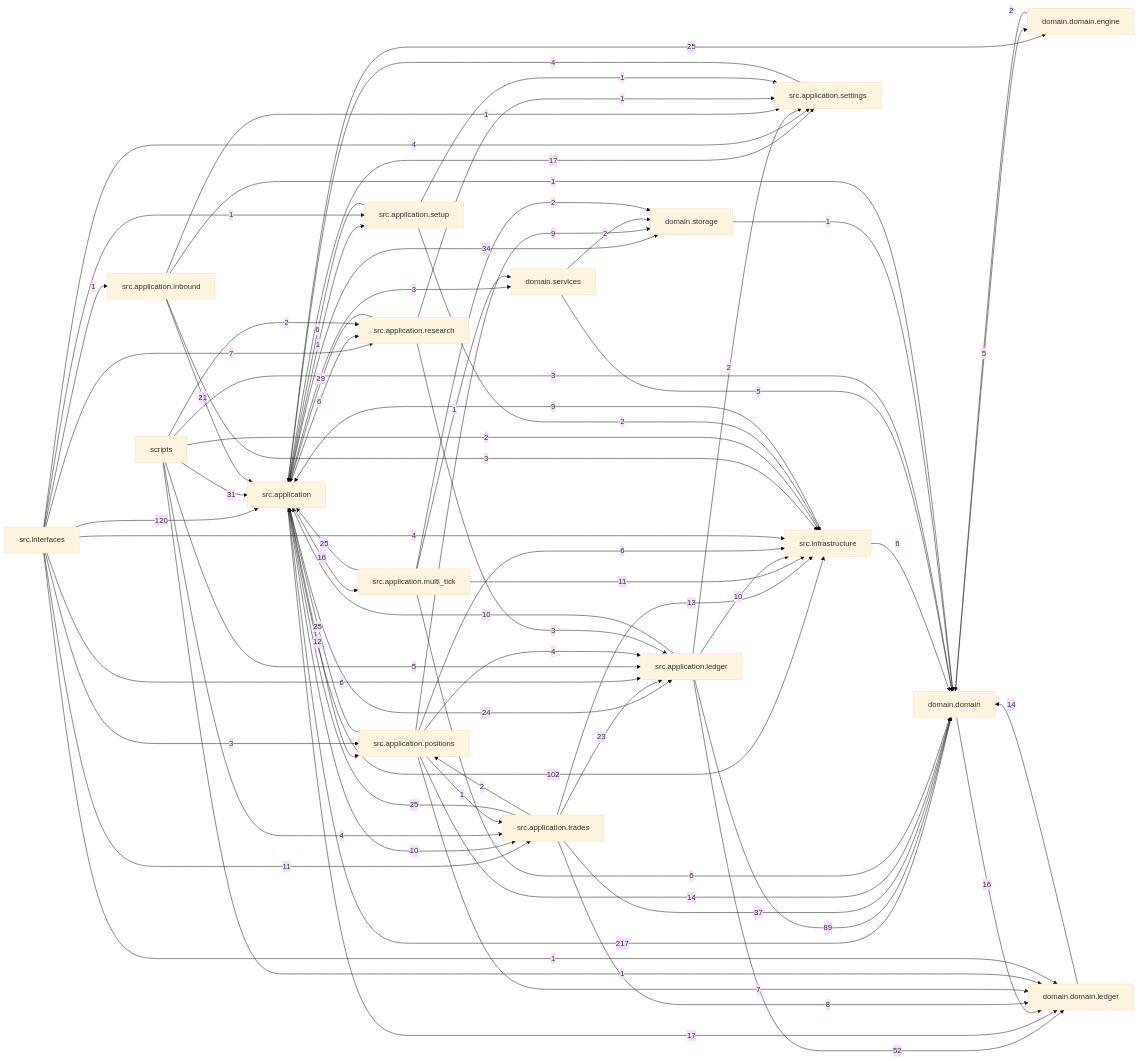
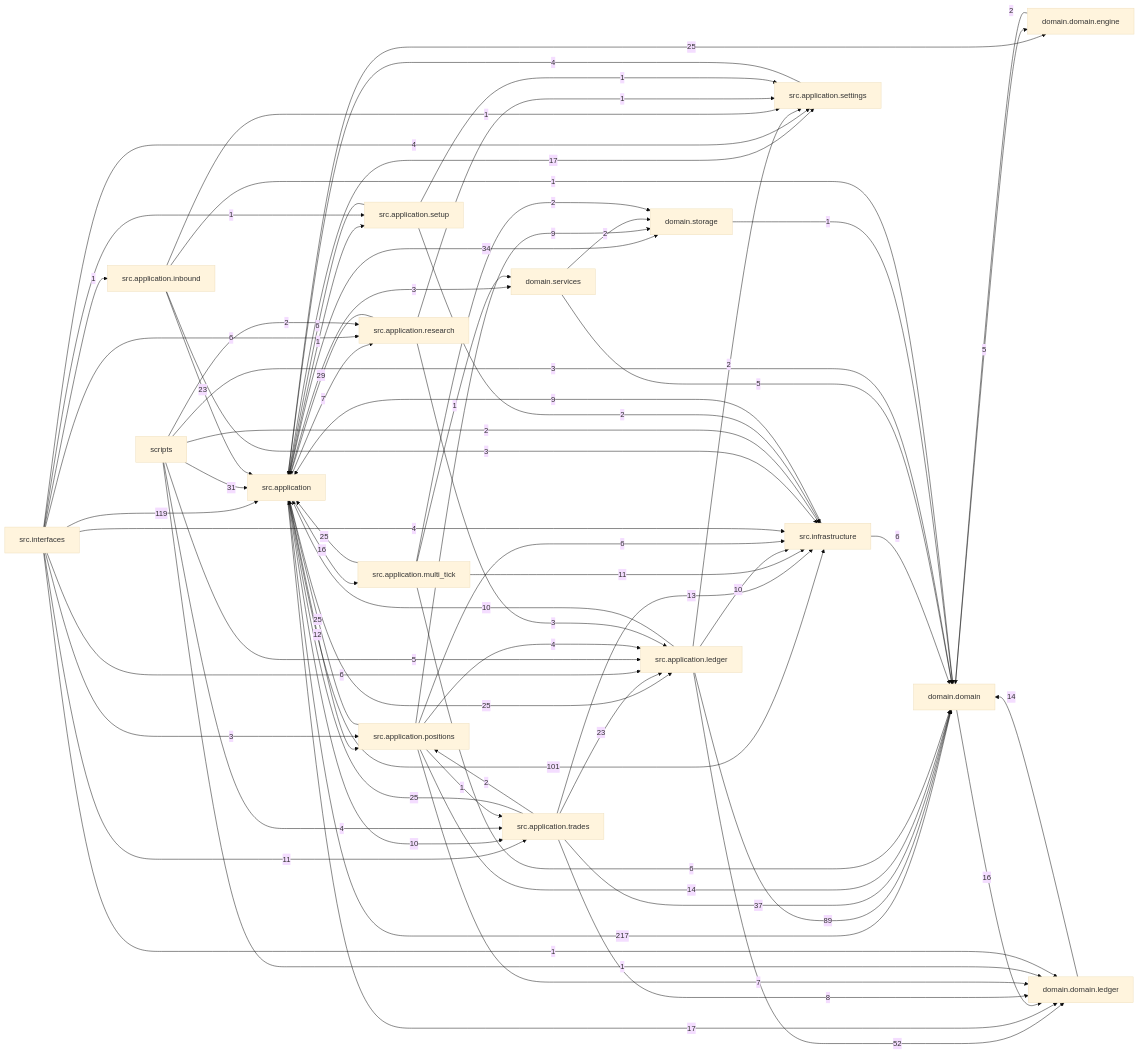
Before and after one commit to liuxie066/options-monitor: the diagram in docs/dependency_graph.mmd, drawn with Mermaid (base theme). The commit also changed 140 other files, not shown here.

```diff
--- a/docs/dependency_graph.mmd
+++ b/docs/dependency_graph.mmd
@@ -1,74 +1,74 @@
 flowchart LR
   src_application["src.application"] -->|217| domain_domain["domain.domain"]
-  src_interfaces["src.interfaces"] -->|120| src_application["src.application"]
-  src_application["src.application"] -->|102| src_infrastructure["src.infrastructure"]
+  src_interfaces["src.interfaces"] -->|119| src_application["src.application"]
+  src_application["src.application"] -->|101| src_infrastructure["src.infrastructure"]
   src_application_ledger["src.application.ledger"] -->|89| domain_domain["domain.domain"]
   src_application_ledger["src.application.ledger"] -->|52| domain_domain_ledger["domain.domain.ledger"]
   src_application_trades["src.application.trades"] -->|37| domain_domain["domain.domain"]
   src_application["src.application"] -->|34| domain_storage["domain.storage"]
   scripts["scripts"] -->|31| src_application["src.application"]
   src_application_research["src.application.research"] -->|29| src_application["src.application"]
   src_application["src.application"] -->|25| domain_domain_engine["domain.domain.engine"]
+  src_application["src.application"] -->|25| src_application_ledger["src.application.ledger"]
   src_application_multi_tick["src.application.multi_tick"] -->|25| src_application["src.application"]
   src_application_positions["src.application.positions"] -->|25| src_application["src.application"]
   src_application_trades["src.application.trades"] -->|25| src_application["src.application"]
-  src_application["src.application"] -->|24| src_application_ledger["src.application.ledger"]
+  src_application_inbound["src.application.inbound"] -->|23| src_application["src.application"]
   src_application_trades["src.application.trades"] -->|23| src_application_ledger["src.application.ledger"]
-  src_application_inbound["src.application.inbound"] -->|21| src_application["src.application"]
   src_application["src.application"] -->|17| domain_domain_ledger["domain.domain.ledger"]
   src_application["src.application"] -->|17| src_application_settings["src.application.settings"]
   domain_domain["domain.domain"] -->|16| domain_domain_ledger["domain.domain.ledger"]
   src_application["src.application"] -->|16| src_application_multi_tick["src.application.multi_tick"]
   domain_domain_ledger["domain.domain.ledger"] -->|14| domain_domain["domain.domain"]
   src_application_positions["src.application.positions"] -->|14| domain_domain["domain.domain"]
   src_application_trades["src.application.trades"] -->|13| src_infrastructure["src.infrastructure"]
   src_application["src.application"] -->|12| src_application_positions["src.application.positions"]
   src_application_multi_tick["src.application.multi_tick"] -->|11| src_infrastructure["src.infrastructure"]
   src_interfaces["src.interfaces"] -->|11| src_application_trades["src.application.trades"]
   src_application["src.application"] -->|10| src_application_trades["src.application.trades"]
   src_application_ledger["src.application.ledger"] -->|10| src_application["src.application"]
   src_application_ledger["src.application.ledger"] -->|10| src_infrastructure["src.infrastructure"]
   src_application_positions["src.application.positions"] -->|9| domain_storage["domain.storage"]
   src_infrastructure["src.infrastructure"] -->|9| src_application["src.application"]
   src_application_trades["src.application.trades"] -->|8| domain_domain_ledger["domain.domain.ledger"]
+  src_application["src.application"] -->|7| src_application_research["src.application.research"]
   src_application_positions["src.application.positions"] -->|7| domain_domain_ledger["domain.domain.ledger"]
-  src_interfaces["src.interfaces"] -->|7| src_application_research["src.application.research"]
-  src_application["src.application"] -->|6| src_application_research["src.application.research"]
   src_application_multi_tick["src.application.multi_tick"] -->|6| domain_domain["domain.domain"]
   src_application_positions["src.application.positions"] -->|6| src_infrastructure["src.infrastructure"]
   src_application_setup["src.application.setup"] -->|6| src_application["src.application"]
   src_infrastructure["src.infrastructure"] -->|6| domain_domain["domain.domain"]
   src_interfaces["src.interfaces"] -->|6| src_application_ledger["src.application.ledger"]
+  src_interfaces["src.interfaces"] -->|6| src_application_research["src.application.research"]
   domain_domain["domain.domain"] -->|5| domain_domain_engine["domain.domain.engine"]
   domain_services["domain.services"] -->|5| domain_domain["domain.domain"]
   scripts["scripts"] -->|5| src_application_ledger["src.application.ledger"]
   scripts["scripts"] -->|4| src_application_trades["src.application.trades"]
   src_application_positions["src.application.positions"] -->|4| src_application_ledger["src.application.ledger"]
   src_application_settings["src.application.settings"] -->|4| src_application["src.application"]
   src_interfaces["src.interfaces"] -->|4| src_application_settings["src.application.settings"]
   src_interfaces["src.interfaces"] -->|4| src_infrastructure["src.infrastructure"]
   scripts["scripts"] -->|3| domain_domain["domain.domain"]
   src_application["src.application"] -->|3| domain_services["domain.services"]
   src_application_inbound["src.application.inbound"] -->|3| src_infrastructure["src.infrastructure"]
   src_application_research["src.application.research"] -->|3| src_application_ledger["src.application.ledger"]
   src_interfaces["src.interfaces"] -->|3| src_application_positions["src.application.positions"]
   domain_domain_engine["domain.domain.engine"] -->|2| domain_domain["domain.domain"]
   domain_services["domain.services"] -->|2| domain_storage["domain.storage"]
   scripts["scripts"] -->|2| src_application_research["src.application.research"]
   scripts["scripts"] -->|2| src_infrastructure["src.infrastructure"]
   src_application_ledger["src.application.ledger"] -->|2| src_application_settings["src.application.settings"]
   src_application_multi_tick["src.application.multi_tick"] -->|2| domain_storage["domain.storage"]
   src_application_setup["src.application.setup"] -->|2| src_infrastructure["src.infrastructure"]
   src_application_trades["src.application.trades"] -->|2| src_application_positions["src.application.positions"]
   domain_storage["domain.storage"] -->|1| domain_domain["domain.domain"]
   scripts["scripts"] -->|1| domain_domain_ledger["domain.domain.ledger"]
   src_application["src.application"] -->|1| src_application_setup["src.application.setup"]
   src_application_inbound["src.application.inbound"] -->|1| domain_domain["domain.domain"]
   src_application_inbound["src.application.inbound"] -->|1| src_application_settings["src.application.settings"]
   src_application_multi_tick["src.application.multi_tick"] -->|1| domain_services["domain.services"]
   src_application_positions["src.application.positions"] -->|1| src_application_trades["src.application.trades"]
   src_application_research["src.application.research"] -->|1| src_application_settings["src.application.settings"]
   src_application_setup["src.application.setup"] -->|1| src_application_settings["src.application.settings"]
   src_interfaces["src.interfaces"] -->|1| domain_domain_ledger["domain.domain.ledger"]
   src_interfaces["src.interfaces"] -->|1| src_application_inbound["src.application.inbound"]
   src_interfaces["src.interfaces"] -->|1| src_application_setup["src.application.setup"]
```
